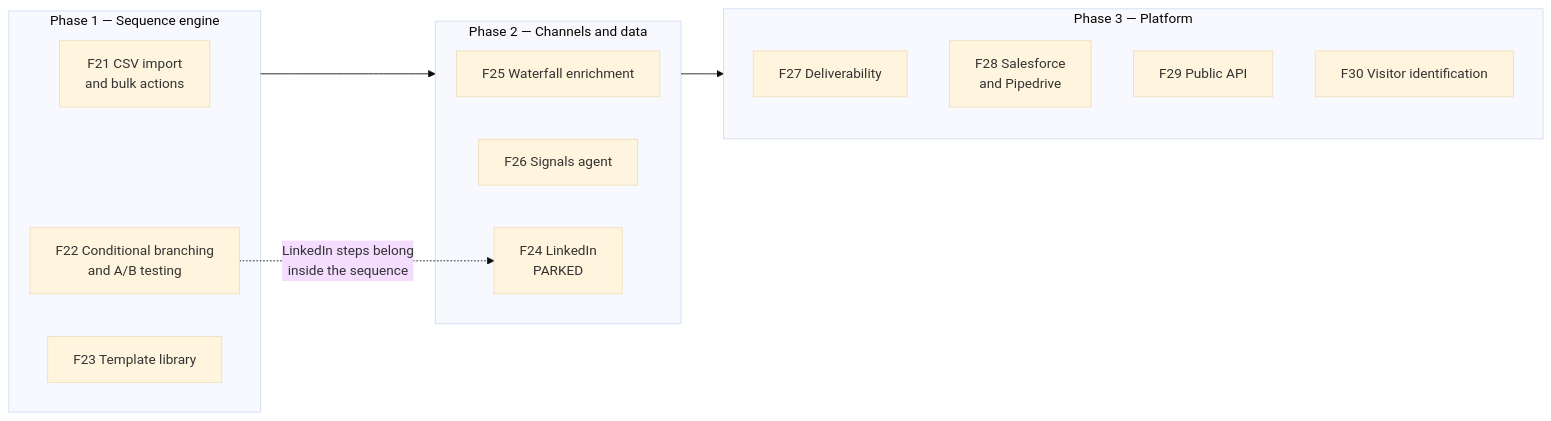
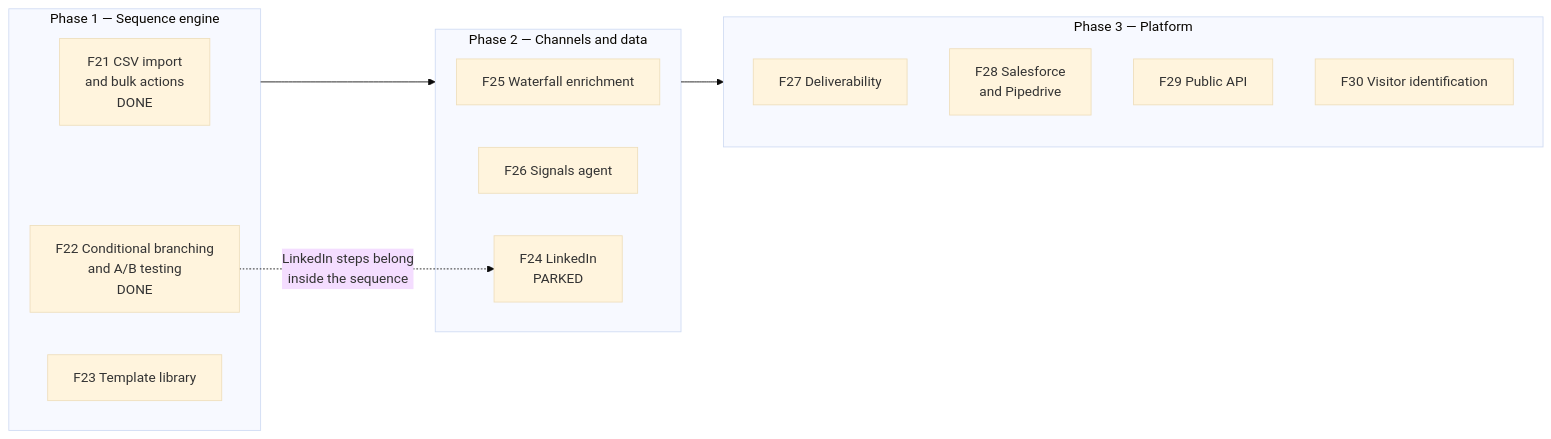
The diagram in docs/ROADMAP.md (MHassan-AiExpert/AI-SDR-Autonomous-Sales-Platform), drawn with Mermaid (base theme) before and after one commit. The commit also changed other lines of this file and 21 other files, not shown here.

First line of the commit message:
F22: conditional branching and A/B testing across email, calls and texts

````diff
--- a/docs/ROADMAP.md
+++ b/docs/ROADMAP.md
@@ -13,21 +13,21 @@
 ```mermaid
 flowchart LR
   subgraph P1[Phase 1 — Sequence engine]
-    F21[F21 CSV import<br/>and bulk actions]
-    F22[F22 Conditional branching<br/>and A/B testing]
+    F21[F21 CSV import<br/>and bulk actions<br/>DONE]
+    F22[F22 Conditional branching<br/>and A/B testing<br/>DONE]
     F23[F23 Template library]
   end
   subgraph P2[Phase 2 — Channels and data]
     F25[F25 Waterfall enrichment]
     F26[F26 Signals agent]
     F24[F24 LinkedIn<br/>PARKED]
   end
   subgraph P3[Phase 3 — Platform]
     F27[F27 Deliverability]
     F28[F28 Salesforce<br/>and Pipedrive]
     F29[F29 Public API]
     F30[F30 Visitor identification]
   end
   P1 --> P2 --> P3
   F22 -.->|LinkedIn steps belong<br/>inside the sequence| F24
 ```
````
